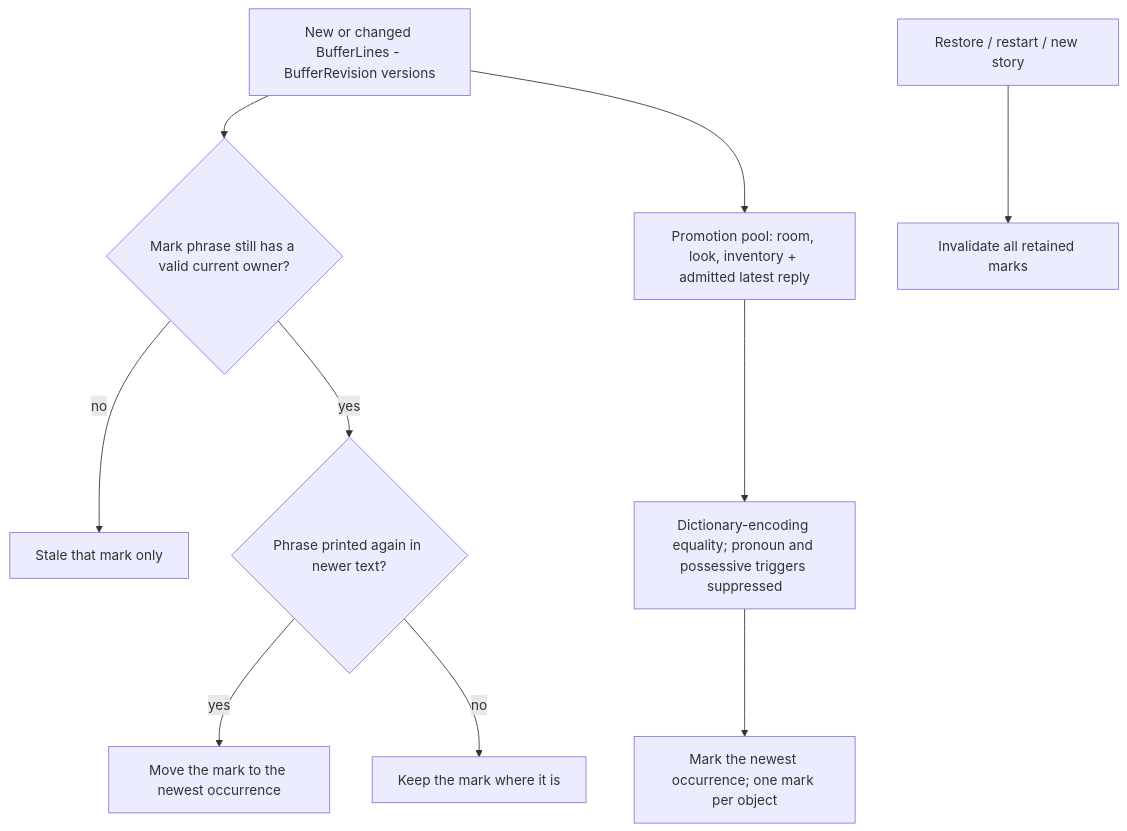
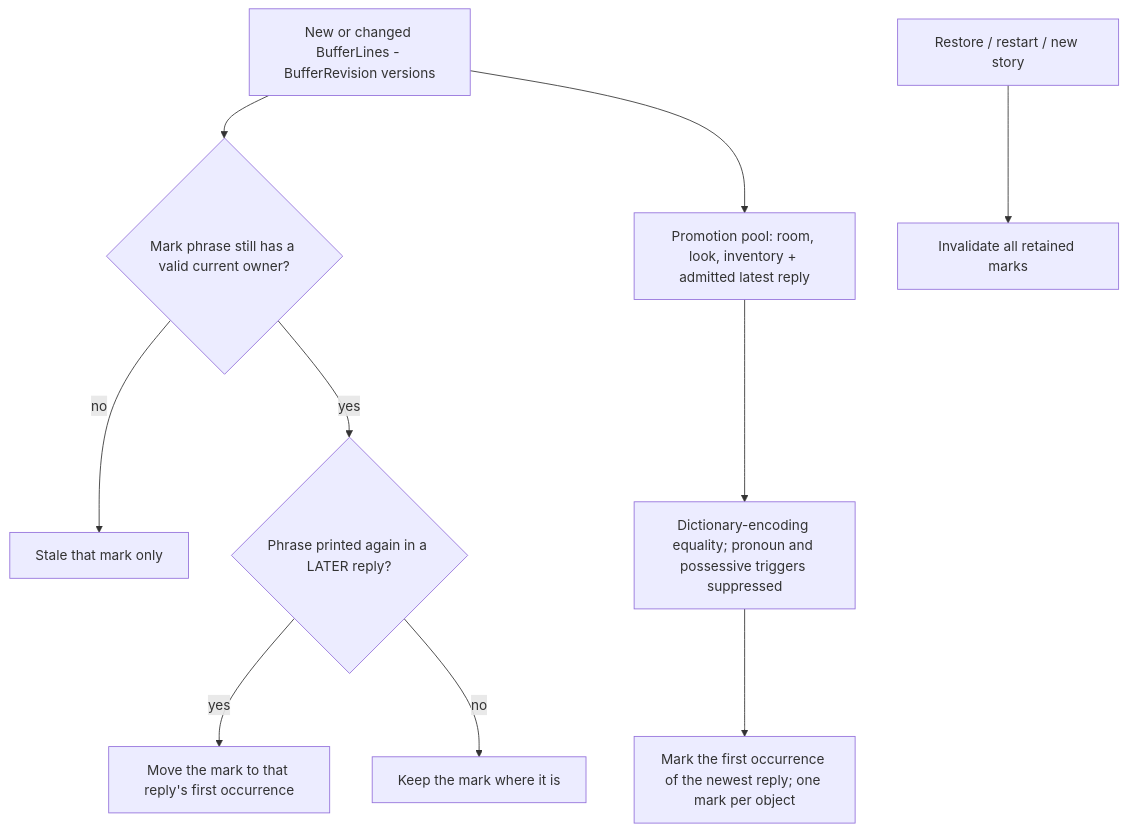
Diagram 58 of 59 in ARCHITECTURE_UML.md (Hymlock/ParchLock), drawn with Mermaid before and after one commit. The commit also changed other lines of this file and 3 other files, not shown here.

Commit message:
Record item 6 (first underline per reply) in D214 U1, ARCHITECTURE and OPEN_WORK

````diff
--- a/ARCHITECTURE_UML.md
+++ b/ARCHITECTURE_UML.md
@@ -3895,12 +3895,12 @@
 ```mermaid
 flowchart TD
   NEW[New or changed BufferLines - BufferRevision versions] --> OWN{Mark phrase still has a valid current owner?}
   OWN -->|no| STALE[Stale that mark only]
-  OWN -->|yes| NEWER{Phrase printed again in newer text?}
-  NEWER -->|yes| MOVE[Move the mark to the newest occurrence]
+  OWN -->|yes| NEWER{Phrase printed again in a LATER reply?}
+  NEWER -->|yes| MOVE[Move the mark to that reply's first occurrence]
   NEWER -->|no| KEEP[Keep the mark where it is]
   NEW --> POOL[Promotion pool: room, look, inventory + admitted latest reply]
   POOL --> MATCH[Dictionary-encoding equality; pronoun and possessive triggers suppressed]
-  MATCH --> MARK[Mark the newest occurrence; one mark per object]
+  MATCH --> MARK[Mark the first occurrence of the newest reply; one mark per object]
   EPOCH[Restore / restart / new story] --> CLEAR[Invalidate all retained marks]
 ```
````
